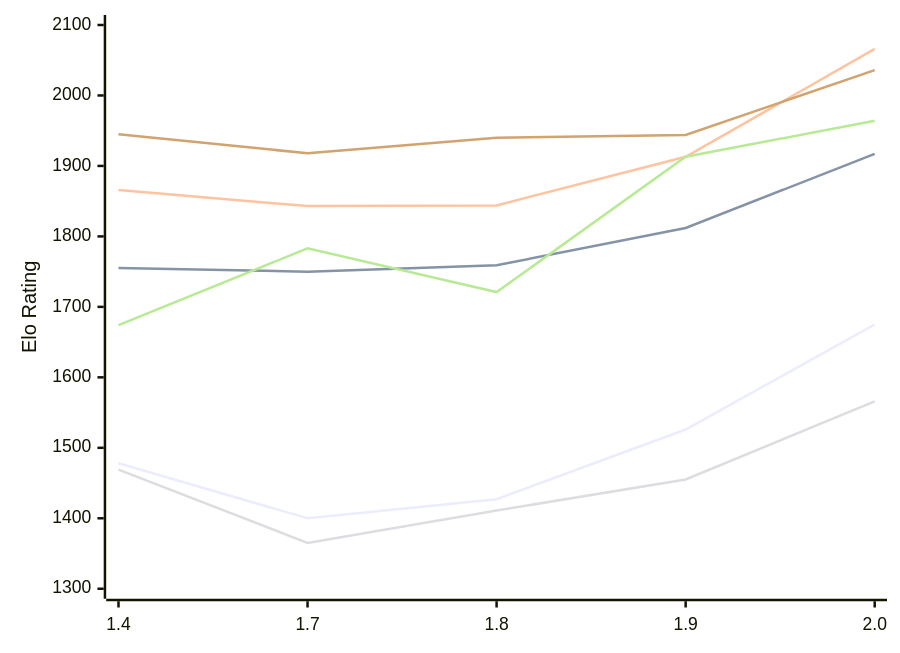
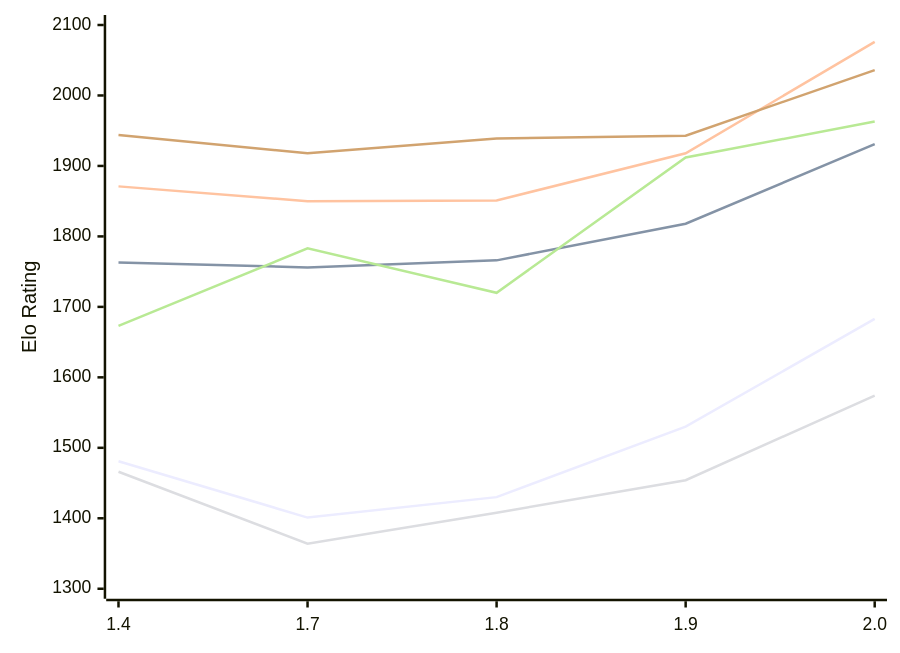
The diagram in engines/Russell.md (computer-chess-index/cci), drawn with Mermaid before and after one commit. The commit also changed other lines of this file, not shown here.

Commit message:
Update CCI Ratings (ELO VLTC) - 2026-11-10

````diff
--- a/engines/Russell.md
+++ b/engines/Russell.md
@@ -55,12 +55,12 @@
 ```mermaid
 %%{init: {"theme":"base","themeVariables":{"seriesColors:['#a3a3a3','#222221','#faa371']}}}%%
 xychart-beta
   x-axis ["1.4", "1.7", "1.8", "1.9", "2.0"]
   y-axis "Elo Rating" 1300 --> 2100
-  line "E1: STC (8.0+0.08s)" [1478, 1400, 1427, 1526, 1675]
-  line "E1: LTC (60.0+0.60s)" [1755, 1750, 1759, 1812, 1917]
-  line "E1: VLTC (2m24s+1.12s)" [1866, 1843, 1844, 1913, 2066]
-  line "P1: STC (8.0+0.08s)" [1469, 1365, 1411, 1455, 1566]
-  line "P1: LTC (60.0+0.60s)" [1674, 1783, 1721, 1913, 1964]
-  line "P1: VLTC (2m24s+1.12s)" [1945, 1918, 1940, 1944, 2036]
+  line "E1: STC (8.0+0.08s)" [1481, 1401, 1430, 1530, 1683]
+  line "E1: LTC (60.0+0.60s)" [1763, 1756, 1766, 1818, 1931]
+  line "E1: VLTC (2m24s+1.12s)" [1871, 1850, 1851, 1918, 2076]
+  line "P1: STC (8.0+0.08s)" [1466, 1364, 1408, 1454, 1574]
+  line "P1: LTC (60.0+0.60s)" [1673, 1783, 1720, 1912, 1963]
+  line "P1: VLTC (2m24s+1.12s)" [1944, 1918, 1939, 1943, 2036]
 ```
````
